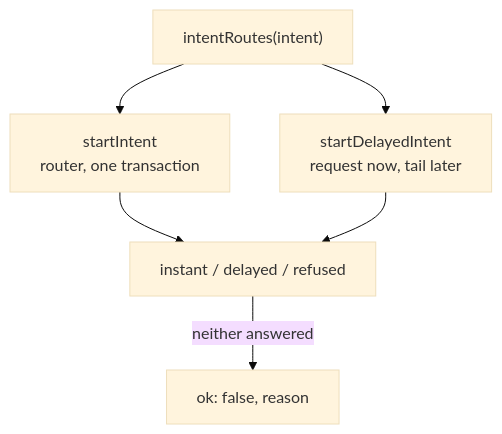
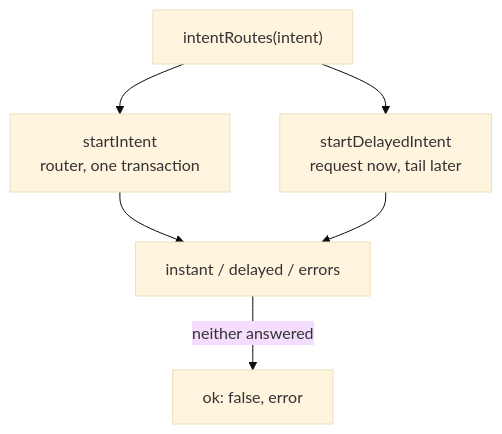
One commit to Gearbox-protocol/sdk changed the third of 3 diagrams in docs/intents/README.md. Above: the diagram before and after it, drawn with Mermaid (base theme). The commit also changed other lines of this file and 50 other files, not shown here.

````diff
--- a/docs/intents/README.md
+++ b/docs/intents/README.md
@@ -216,8 +214,8 @@
 ```mermaid
 flowchart TD
   r["intentRoutes(intent)"] --> i["startIntent<br/>router, one transaction"]
   r --> d["startDelayedIntent<br/>request now, tail later"]
-  i --> res["instant / delayed / refused"]
+  i --> res["instant / delayed / errors"]
   d --> res
-  res -->|"neither answered"| no["ok: false, reason"]
+  res -->|"neither answered"| no["ok: false, error"]
 ```
````
